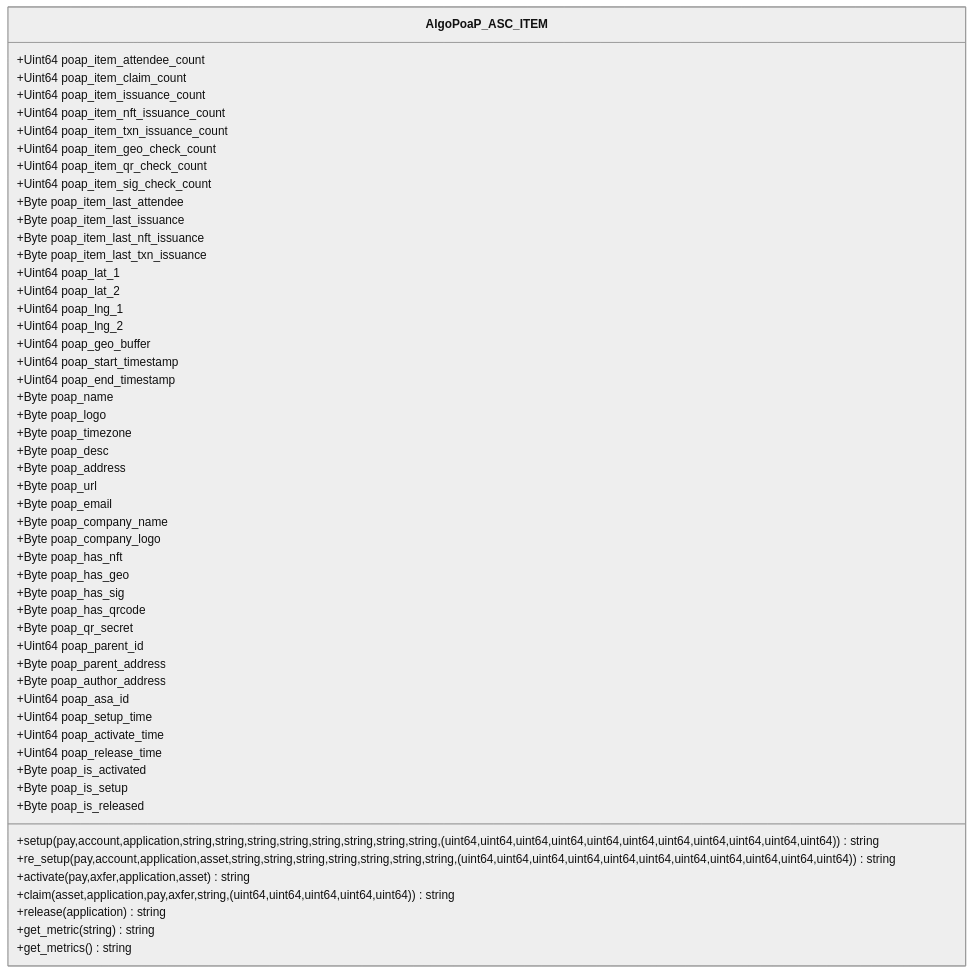
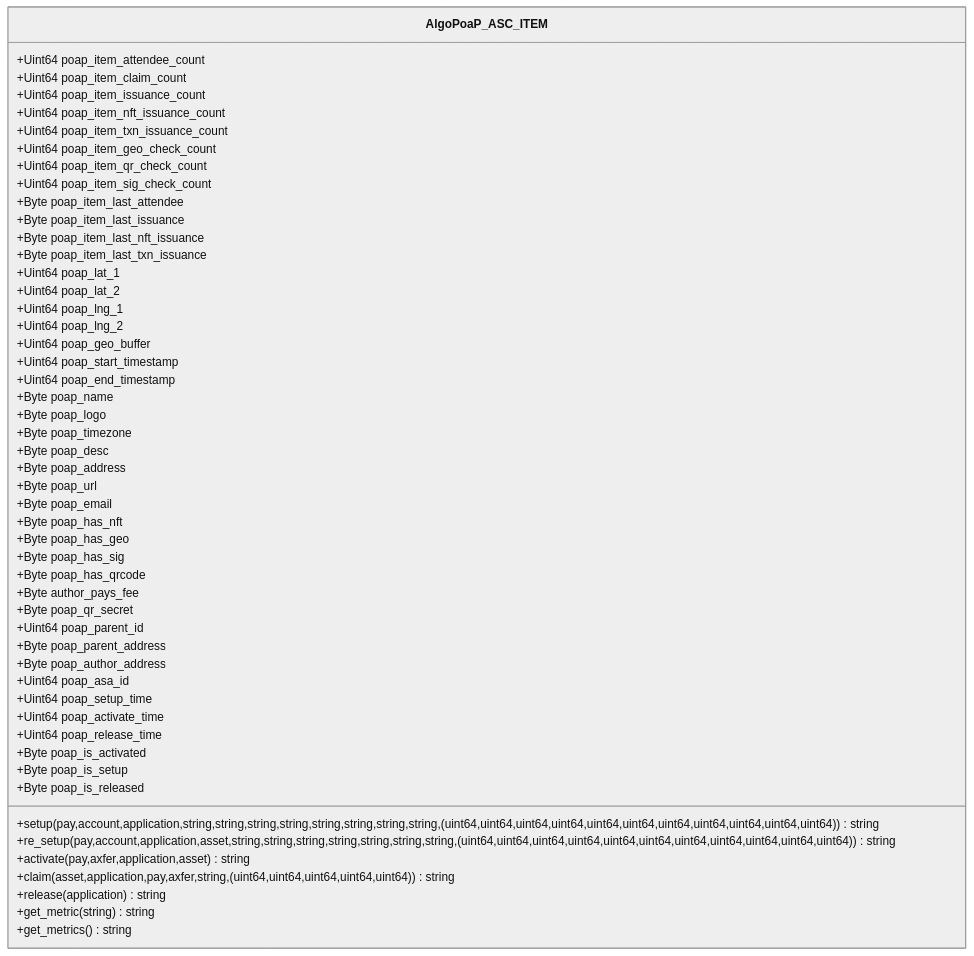
The tenth of 10 diagrams in profile/README.md (GoPlausible/.github), drawn with Mermaid (neutral theme) before and after one commit.

````diff
--- a/profile/README.md
+++ b/profile/README.md
@@ -598,72 +598,71 @@
 ```mermaid
   classDiagram
     class AlgoPoaP_ASC_ITEM
     AlgoPoaP_ASC_ITEM : +Uint64 poap_item_attendee_count
     AlgoPoaP_ASC_ITEM : +Uint64 poap_item_claim_count
     AlgoPoaP_ASC_ITEM : +Uint64 poap_item_issuance_count
     AlgoPoaP_ASC_ITEM : +Uint64 poap_item_nft_issuance_count
     AlgoPoaP_ASC_ITEM : +Uint64 poap_item_txn_issuance_count
 
     AlgoPoaP_ASC_ITEM : +Uint64 poap_item_geo_check_count
     AlgoPoaP_ASC_ITEM : +Uint64 poap_item_qr_check_count
     AlgoPoaP_ASC_ITEM : +Uint64 poap_item_sig_check_count
 
   
     AlgoPoaP_ASC_ITEM : +Byte poap_item_last_attendee
     AlgoPoaP_ASC_ITEM : +Byte poap_item_last_issuance
     AlgoPoaP_ASC_ITEM : +Byte poap_item_last_nft_issuance
     AlgoPoaP_ASC_ITEM : +Byte poap_item_last_txn_issuance
 
 
     AlgoPoaP_ASC_ITEM : +Uint64 poap_lat_1
     AlgoPoaP_ASC_ITEM : +Uint64 poap_lat_2
     AlgoPoaP_ASC_ITEM : +Uint64 poap_lng_1
     AlgoPoaP_ASC_ITEM : +Uint64 poap_lng_2
     AlgoPoaP_ASC_ITEM : +Uint64 poap_geo_buffer
     AlgoPoaP_ASC_ITEM : +Uint64 poap_start_timestamp
     AlgoPoaP_ASC_ITEM : +Uint64 poap_end_timestamp
     AlgoPoaP_ASC_ITEM : +Byte poap_name
     AlgoPoaP_ASC_ITEM : +Byte poap_logo
     AlgoPoaP_ASC_ITEM : +Byte poap_timezone
     AlgoPoaP_ASC_ITEM : +Byte poap_desc
     AlgoPoaP_ASC_ITEM : +Byte poap_address
     AlgoPoaP_ASC_ITEM : +Byte poap_url
     AlgoPoaP_ASC_ITEM : +Byte poap_email
-    AlgoPoaP_ASC_ITEM : +Byte poap_company_name
-    AlgoPoaP_ASC_ITEM : +Byte poap_company_logo
     AlgoPoaP_ASC_ITEM : +Byte poap_has_nft
     AlgoPoaP_ASC_ITEM : +Byte poap_has_geo
     AlgoPoaP_ASC_ITEM : +Byte poap_has_sig
     AlgoPoaP_ASC_ITEM : +Byte poap_has_qrcode
+    AlgoPoaP_ASC_ITEM : +Byte author_pays_fee
     AlgoPoaP_ASC_ITEM : +Byte poap_qr_secret
 
 
     AlgoPoaP_ASC_ITEM : +Uint64 poap_parent_id
     AlgoPoaP_ASC_ITEM : +Byte poap_parent_address
     AlgoPoaP_ASC_ITEM : +Byte poap_author_address
     AlgoPoaP_ASC_ITEM : +Uint64 poap_asa_id
 
     AlgoPoaP_ASC_ITEM : +Uint64 poap_setup_time
     AlgoPoaP_ASC_ITEM : +Uint64 poap_activate_time
     AlgoPoaP_ASC_ITEM : +Uint64 poap_release_time
 
 
      AlgoPoaP_ASC_ITEM : +Byte poap_is_activated
     AlgoPoaP_ASC_ITEM : +Byte poap_is_setup
     AlgoPoaP_ASC_ITEM : +Byte poap_is_released
 
 
 
  
 
     AlgoPoaP_ASC_ITEM : +setup(pay,account,application,string,string,string,string,string,string,string,string,(uint64,uint64,uint64,uint64,uint64,uint64,uint64,uint64,uint64,uint64,uint64))string
     AlgoPoaP_ASC_ITEM : +re_setup(pay,account,application,asset,string,string,string,string,string,string,string,(uint64,uint64,uint64,uint64,uint64,uint64,uint64,uint64,uint64,uint64,uint64))string
     AlgoPoaP_ASC_ITEM : +activate(pay,axfer,application,asset)string
     AlgoPoaP_ASC_ITEM : +claim(asset,application,pay,axfer,string,(uint64,uint64,uint64,uint64,uint64))string
     AlgoPoaP_ASC_ITEM : +release(application)string
     AlgoPoaP_ASC_ITEM : +get_metric(string)string
     AlgoPoaP_ASC_ITEM : +get_metrics()string
     
   
     
 ```
````
